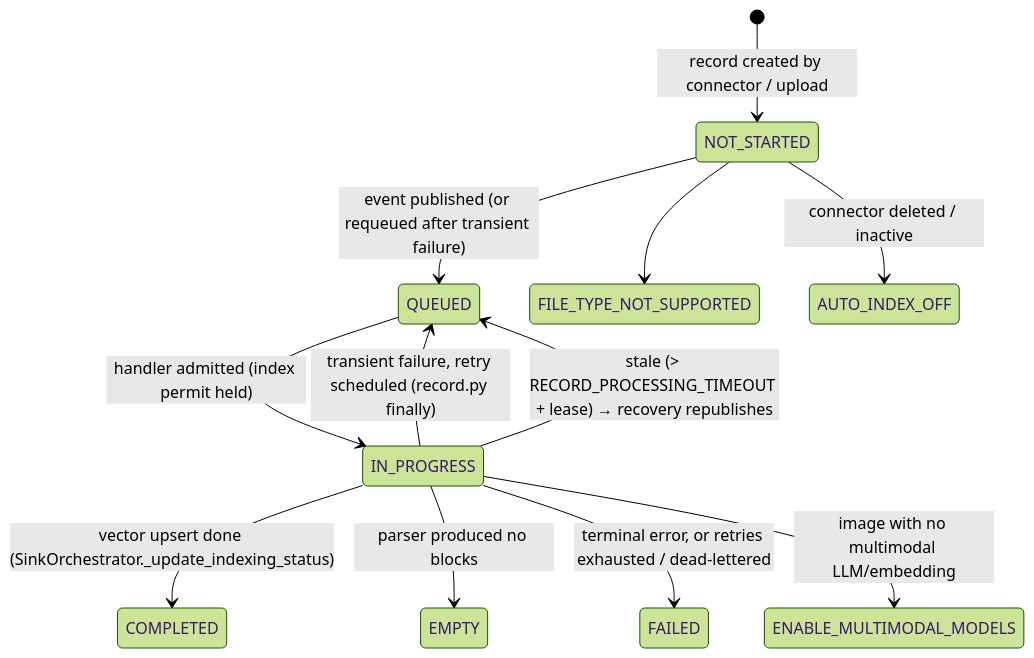
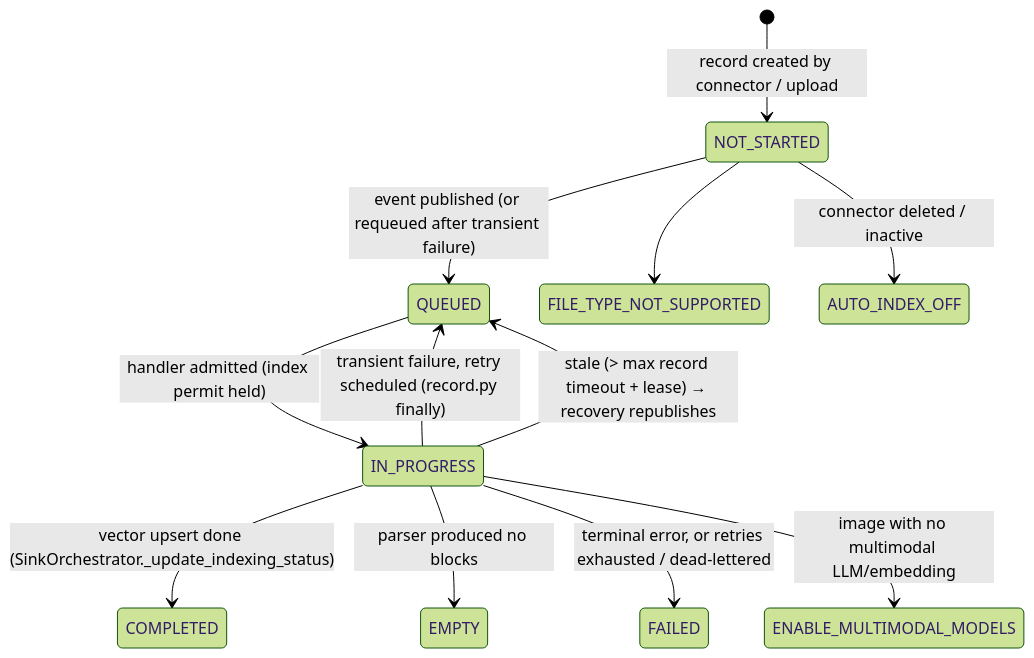
The second of 4 diagrams in docs/indexing-service.md (pipeshub-ai/pipeshub-ai), drawn with Mermaid (forest theme) before and after one commit. The commit also changed other lines of this file and 6 other files, not shown here.

````diff
--- a/docs/indexing-service.md
+++ b/docs/indexing-service.md
@@ -69,14 +69,14 @@
 ```mermaid
 stateDiagram-v2
     [*] --> NOT_STARTED: record created by connector / upload
     NOT_STARTED --> QUEUED: event published (or requeued after transient failure)
     QUEUED --> IN_PROGRESS: handler admitted (index permit held)
     IN_PROGRESS --> COMPLETED: vector upsert done (SinkOrchestrator._update_indexing_status)
     IN_PROGRESS --> EMPTY: parser produced no blocks
     IN_PROGRESS --> QUEUED: transient failure, retry scheduled (record.py finally)
     IN_PROGRESS --> FAILED: terminal error, or retries exhausted / dead-lettered
-    IN_PROGRESS --> QUEUED: stale (> RECORD_PROCESSING_TIMEOUT + lease) → recovery republishes
+    IN_PROGRESS --> QUEUED: stale (> max record timeout + lease) → recovery republishes
     NOT_STARTED --> FILE_TYPE_NOT_SUPPORTED
     NOT_STARTED --> AUTO_INDEX_OFF: connector deleted / inactive
     IN_PROGRESS --> ENABLE_MULTIMODAL_MODELS: image with no multimodal LLM/embedding
 ```
````
